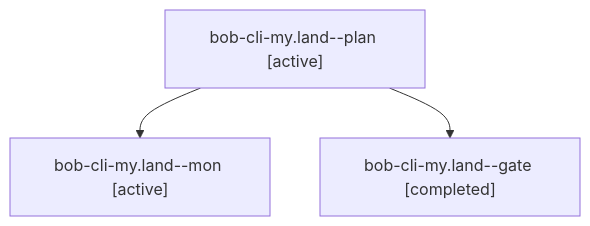
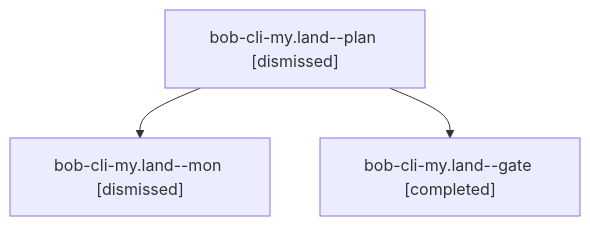
One commit to bobs-org/bob-cli--agents changed the diagram in sessions/bbugyi200.athena.bob-cli-my.land.md. Above: the diagram before and after it, drawn with Mermaid. The commit also changed other lines of this file and 49 other files, not shown here.

````diff
--- a/sessions/bbugyi200.athena.bob-cli-my.land.md
+++ b/sessions/bbugyi200.athena.bob-cli-my.land.md
@@ -9,8 +9,8 @@
 ```mermaid
 flowchart TD
-  n0["bob-cli-my.land--plan [active]"]
-  n1["bob-cli-my.land--mon [active]"]
+  n0["bob-cli-my.land--plan [dismissed]"]
+  n1["bob-cli-my.land--mon [dismissed]"]
   n0 --> n1
   n2["bob-cli-my.land--gate [completed]"]
   n0 --> n2
 ```
````
